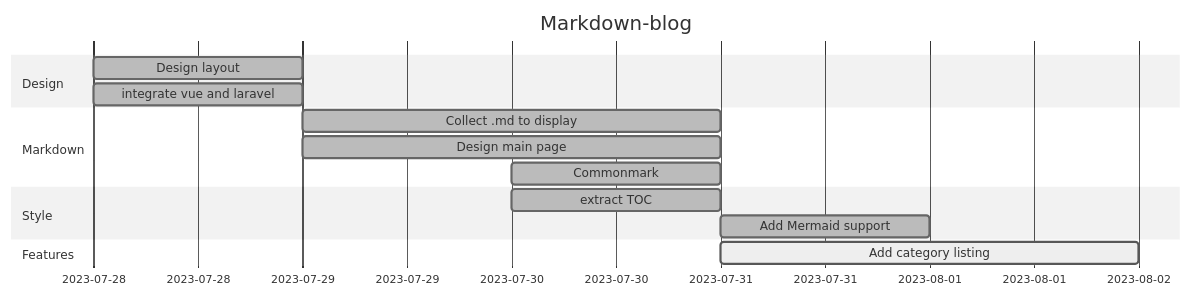
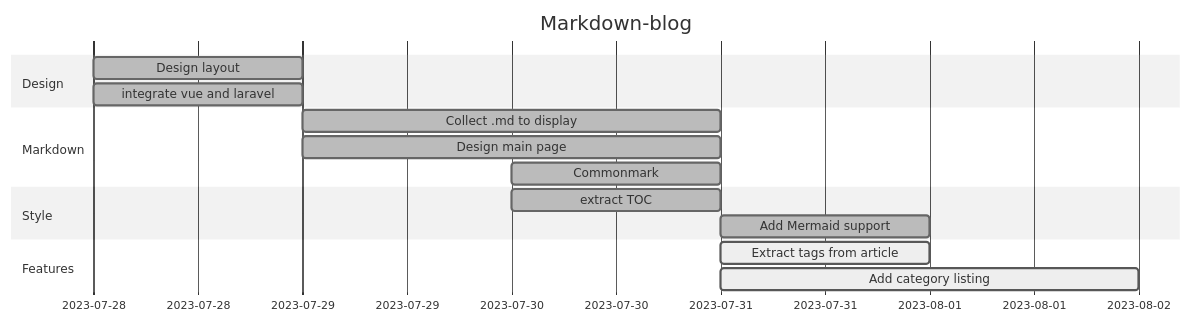
Before and after one commit to voiceinthedark/markdown-blog: the diagram in public/charts/markdown-blog.mmd, drawn with Mermaid (neutral theme). The commit also changed other lines of this file and 11 other files, not shown here.

```diff
--- a/public/charts/markdown-blog.mmd
+++ b/public/charts/markdown-blog.mmd
@@ -1,15 +1,16 @@
 gantt
     title Markdown-blog
     dateFormat YYYY-MM-DD
     section Design
         Design layout   :done,a1, 2023-07-28, 1d
         integrate vue and laravel    :done,a2, 2023-07-28, 1d
     section Markdown
         Collect .md to display :done,2023-07-29, 2d
         Design main page    :done,b1,2023-07-29, 2d
         Commonmark :done,after b1,2023-07-30, 1d
     section Style
         extract TOC :done, c1,2023-07-30,1d
         Add Mermaid support :done, after c1,2023-07-31, 1d
     section Features
-        Add category listing :active,d1,2023-07-31,2d
+        Extract tags from article :active,d1,2023-07-31,1d
+        Add category listing :active,d2,2023-07-31,2d
```
